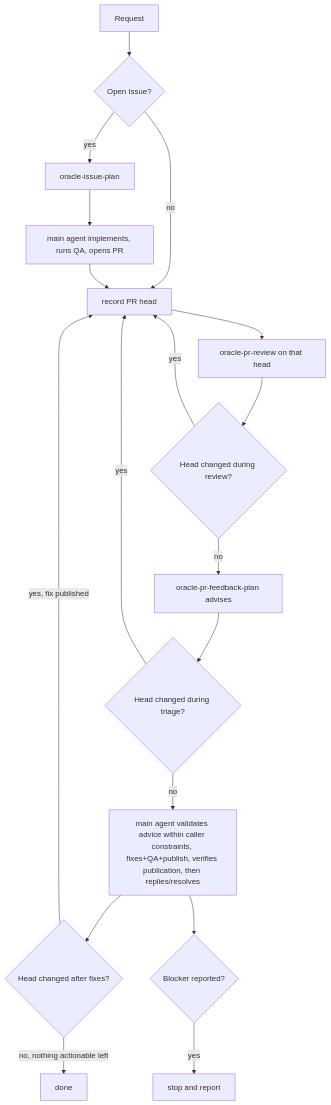
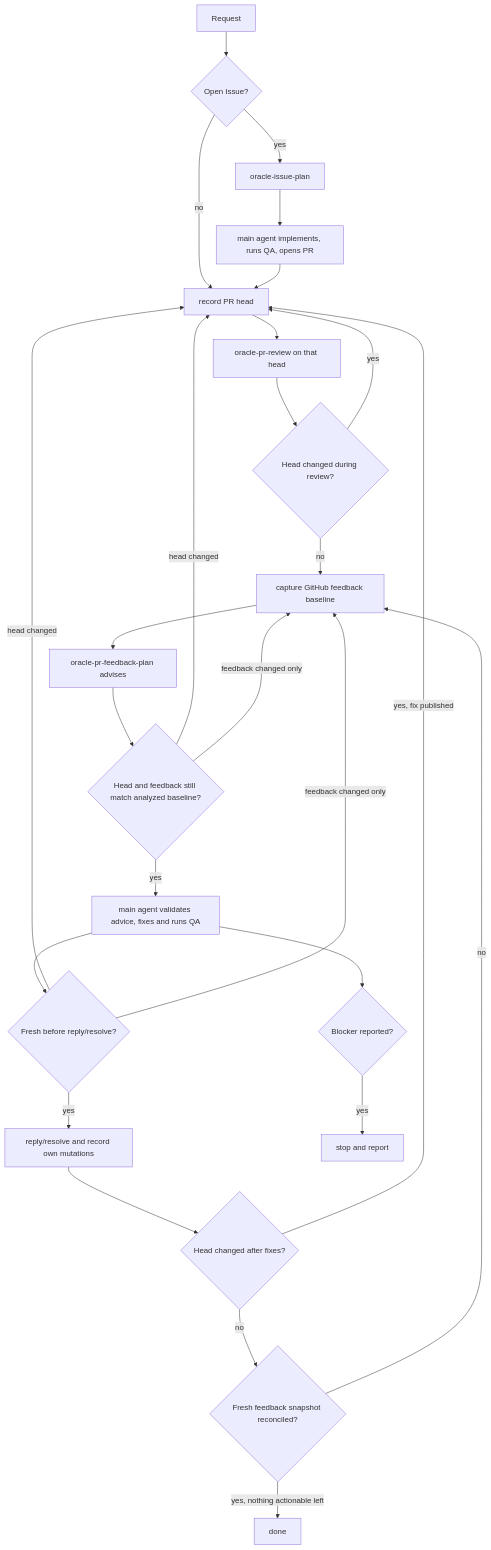
Before and after one commit to dceoy/oracle-pr-loop: the diagram in skills/oracle-pr-loop/SKILL.md, drawn with Mermaid. The commit also changed other lines of this file, not shown here.

Commit message:
reconcile PR feedback before mutations

````diff
--- a/skills/oracle-pr-loop/SKILL.md
+++ b/skills/oracle-pr-loop/SKILL.md
@@ -93,19 +146,27 @@
 ```mermaid
 flowchart TD
   Request --> Issue{Open Issue?}
   Issue -->|yes| Plan[oracle-issue-plan] --> Implement[main agent implements, runs QA, opens PR]
   Issue -->|no| Head[record PR head]
   Implement --> Head
   Head --> Review[oracle-pr-review on that head]
   Review --> HeadMoved{Head changed during review?}
   HeadMoved -->|yes| Head
-  HeadMoved -->|no| Triage[oracle-pr-feedback-plan advises]
-  Triage --> TriageHeadMoved{Head changed during triage?}
-  TriageHeadMoved -->|yes| Head
-  TriageHeadMoved -->|no| Act[main agent validates advice within caller constraints, fixes+QA+publish, verifies publication, then replies/resolves]
-  Act --> HeadAfter{Head changed after fixes?}
+  HeadMoved -->|no| Snapshot[capture GitHub feedback baseline]
+  Snapshot --> Triage[oracle-pr-feedback-plan advises]
+  Triage --> Reconcile{Head and feedback still match analyzed baseline?}
+  Reconcile -->|head changed| Head
+  Reconcile -->|feedback changed only| Snapshot
+  Reconcile -->|yes| Act[main agent validates advice, fixes and runs QA]
+  Act --> MutationGate{Fresh before reply/resolve?}
+  MutationGate -->|head changed| Head
+  MutationGate -->|feedback changed only| Snapshot
+  MutationGate -->|yes| Mutate[reply/resolve and record own mutations]
+  Mutate --> HeadAfter{Head changed after fixes?}
   HeadAfter -->|yes, fix published| Head
-  HeadAfter -->|no, nothing actionable left| Done[done]
+  HeadAfter -->|no| CompletionGate{Fresh feedback snapshot reconciled?}
+  CompletionGate -->|no| Snapshot
+  CompletionGate -->|yes, nothing actionable left| Done[done]
   Act --> Blocker{Blocker reported?}
   Blocker -->|yes| Stop[stop and report]
 ```
````
